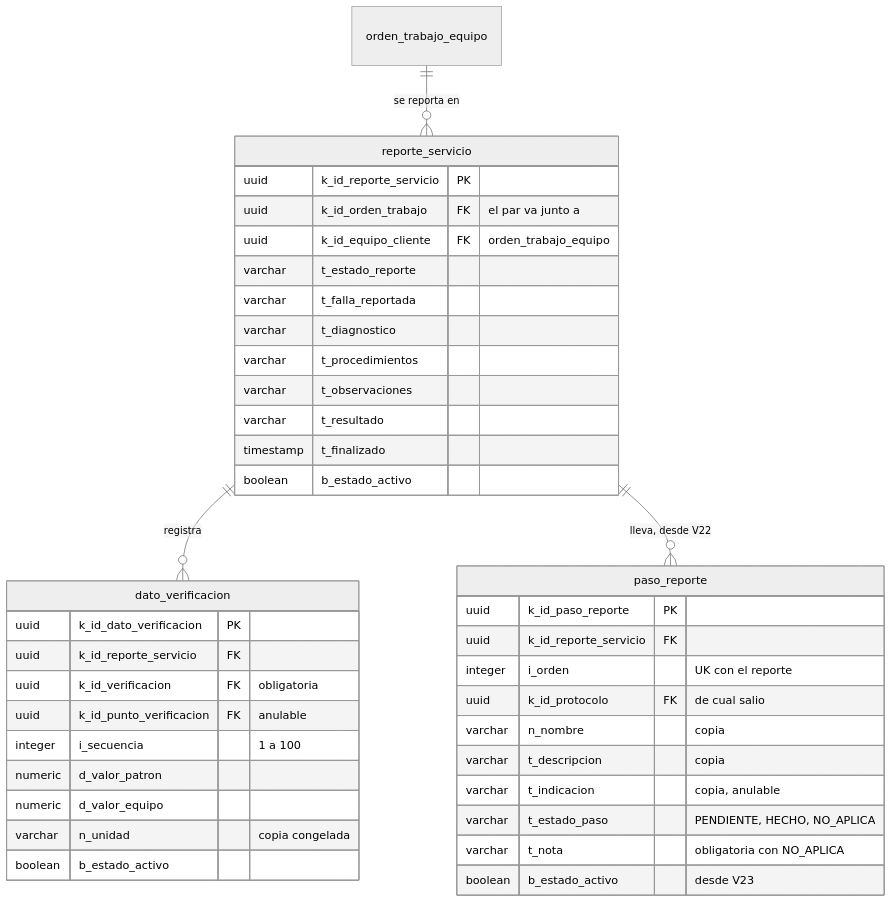
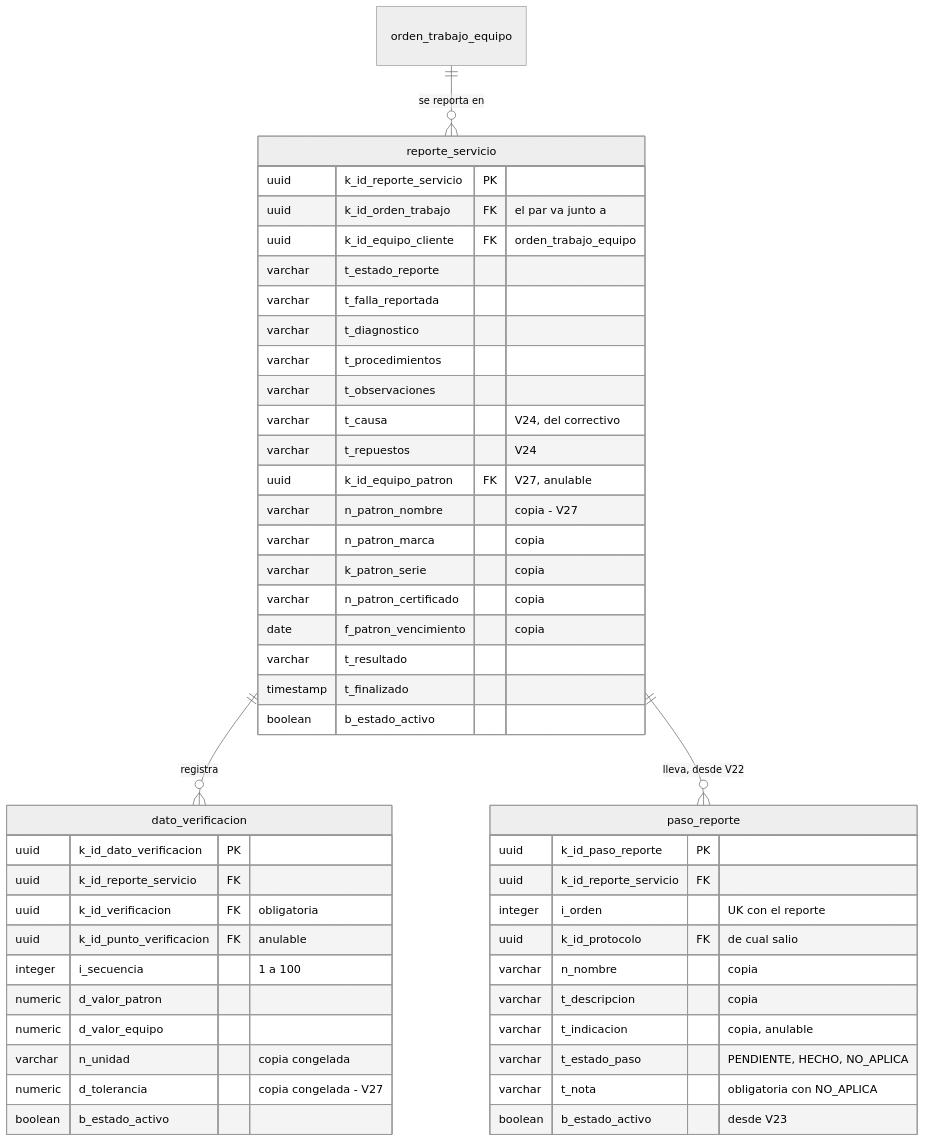
The tenth of 10 diagrams in SecondBrain/wiki/base-de-datos/esquema-bd-malphasos.md (SeanBol222/MalphasOs), drawn with Mermaid (neutral theme) before and after one commit. The commit also changed other lines of this file and 9 other files, not shown here.

````diff
--- a/SecondBrain/wiki/base-de-datos/esquema-bd-malphasos.md
+++ b/SecondBrain/wiki/base-de-datos/esquema-bd-malphasos.md
@@ -505,42 +556,51 @@
 ```mermaid
 erDiagram
     orden_trabajo_equipo ||--o{ reporte_servicio : "se reporta en"
     reporte_servicio ||--o{ dato_verificacion : "registra"
     reporte_servicio ||--o{ paso_reporte : "lleva, desde V22"
     paso_reporte {
         uuid k_id_paso_reporte PK
         uuid k_id_reporte_servicio FK
         integer i_orden "UK con el reporte"
         uuid k_id_protocolo FK "de cual salio"
         varchar n_nombre "copia"
         varchar t_descripcion "copia"
         varchar t_indicacion "copia, anulable"
         varchar t_estado_paso "PENDIENTE, HECHO, NO_APLICA"
         varchar t_nota "obligatoria con NO_APLICA"
         boolean b_estado_activo "desde V23"
     }
     reporte_servicio {
         uuid k_id_reporte_servicio PK
         uuid k_id_orden_trabajo FK "el par va junto a"
         uuid k_id_equipo_cliente FK "orden_trabajo_equipo"
         varchar t_estado_reporte
         varchar t_falla_reportada
         varchar t_diagnostico
         varchar t_procedimientos
         varchar t_observaciones
+        varchar t_causa "V24, del correctivo"
+        varchar t_repuestos "V24"
+        uuid k_id_equipo_patron FK "V27, anulable"
+        varchar n_patron_nombre "copia - V27"
+        varchar n_patron_marca "copia"
+        varchar k_patron_serie "copia"
+        varchar n_patron_certificado "copia"
+        date f_patron_vencimiento "copia"
         varchar t_resultado
         timestamp t_finalizado
         boolean b_estado_activo
     }
     dato_verificacion {
         uuid k_id_dato_verificacion PK
         uuid k_id_reporte_servicio FK
         uuid k_id_verificacion FK "obligatoria"
         uuid k_id_punto_verificacion FK "anulable"
         integer i_secuencia "1 a 100"
         numeric d_valor_patron
         numeric d_valor_equipo
         varchar n_unidad "copia congelada"
+        numeric d_tolerancia "copia congelada - V27"
         boolean b_estado_activo
     }
 ```
````
